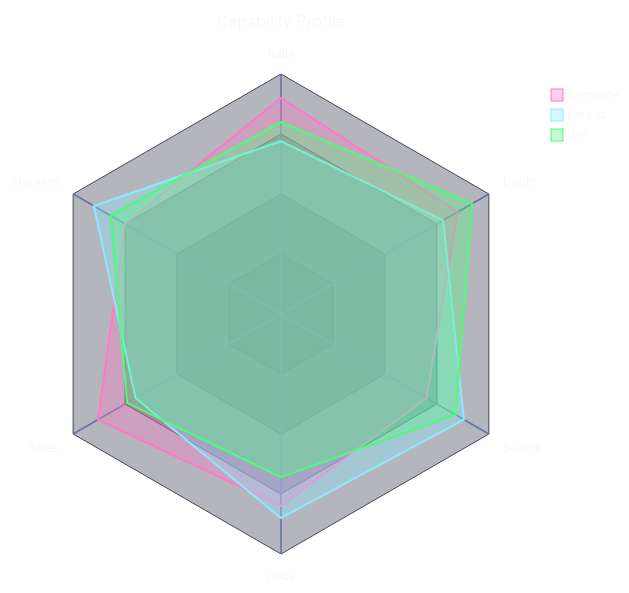
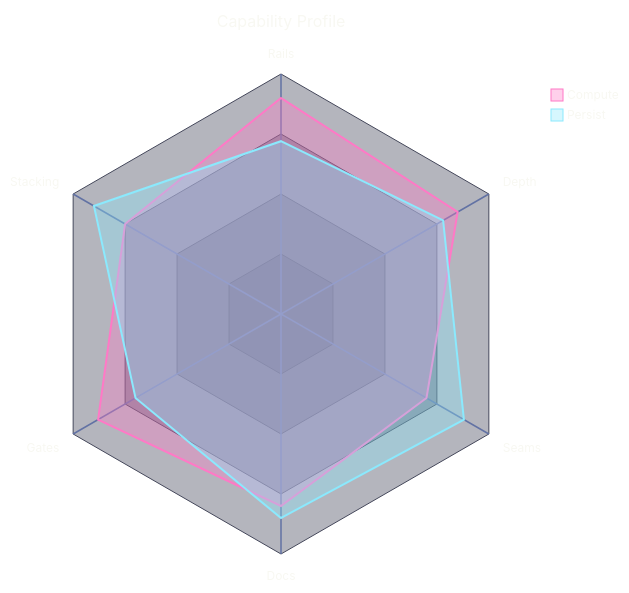
One commit to bsamiee/Rasm changed the diagram in .claude/skills/mermaid-diagramming/templates/profile.mmd.md. Above: the diagram before and after it, drawn with Mermaid. The commit also changed other lines of this file and 26 other files, not shown here.

First line of the commit message:
skill: mermaid-diagramming full-estate rebuild — 26-attacker adversarial audit, 11.16 alignment, hardened gates

````diff
--- a/.claude/skills/mermaid-diagramming/templates/profile.mmd.md
+++ b/.claude/skills/mermaid-diagramming/templates/profile.mmd.md
@@ -5,44 +5,43 @@
 ```mermaid
 ---
 config:
   theme: base
   look: classic
   radar:
     width: 480
     height: 480
     marginLeft: 120
     marginRight: 120
     marginTop: 60
     marginBottom: 60
   themeVariables:
     darkMode: true
     fontFamily: "SF Mono, Menlo, Cascadia Mono, Segoe UI Mono, Consolas, monospace"
     useGradient: false
     dropShadow: "none"
     textColor: "#F8F8F2"
     titleColor: "#F8F8F2"
     cScale0: "#FF79C6"
     cScale1: "#8BE9FD"
     cScale2: "#50FA7B"
     radar:
       axisColor: "#6272A4"
       axisStrokeWidth: 1.5
       graticuleColor: "#44475A"
       graticuleOpacity: 0.4
       curveOpacity: 0.35
       curveStrokeWidth: 2
 ---
 radar-beta
   accTitle: Package capability profile
-  accDescr: The compute kernel, persistence layer, and bim domain compared across six capability axes scored from the corpus audit.
+  accDescr: The compute kernel and persistence layer compared across six capability axes scored from the corpus audit on the 0-100 band.
   title Capability Profile
   axis rails["Rails"], depth["Depth"], seams["Seams"], docs["Docs"], gates["Gates"], stack["Stacking"]
   curve compute["Compute"]{ rails: 90, depth: 85, seams: 70, docs: 80, gates: 88, stack: 75 }
   curve persist["Persist"]{ rails: 72, depth: 78, seams: 88, docs: 85, gates: 70, stack: 90 }
-  curve bim["Bim"]{ rails: 80, depth: 92, seams: 84, docs: 68, gates: 74, stack: 82 }
   showLegend true
   graticule polygon
   ticks 4
   max 100
   min 0
 ```
````
